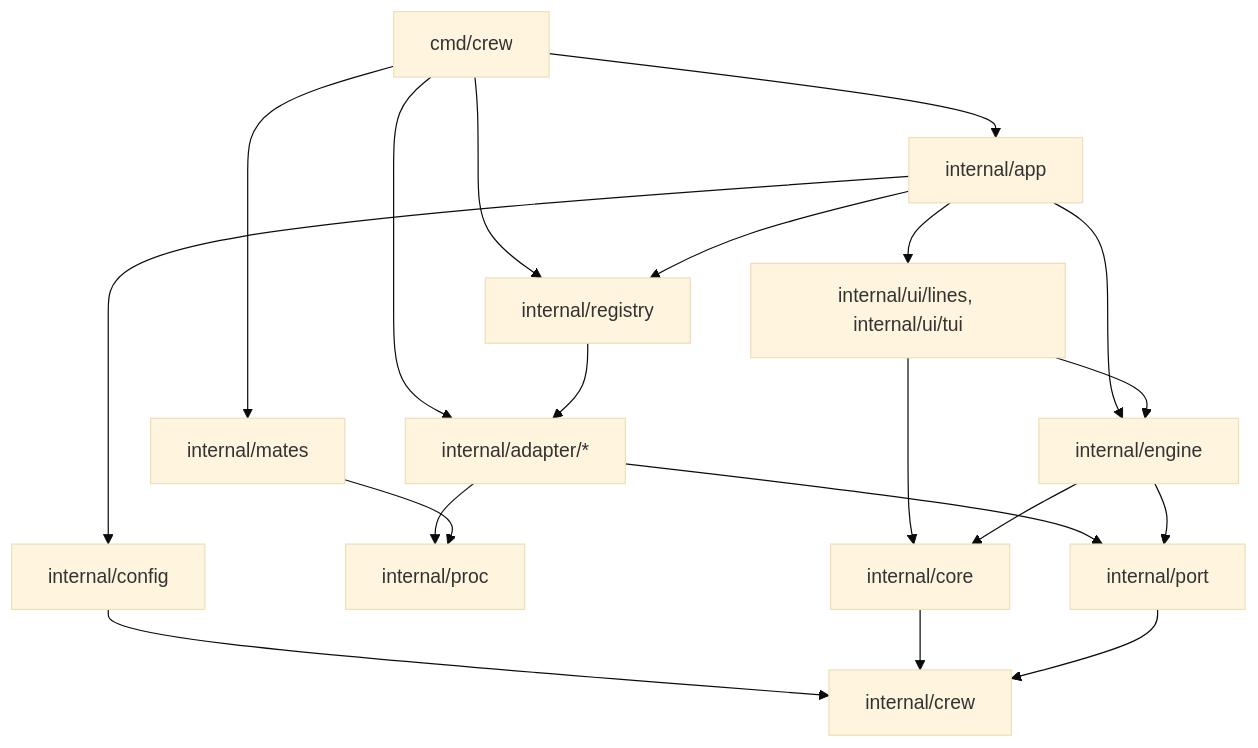
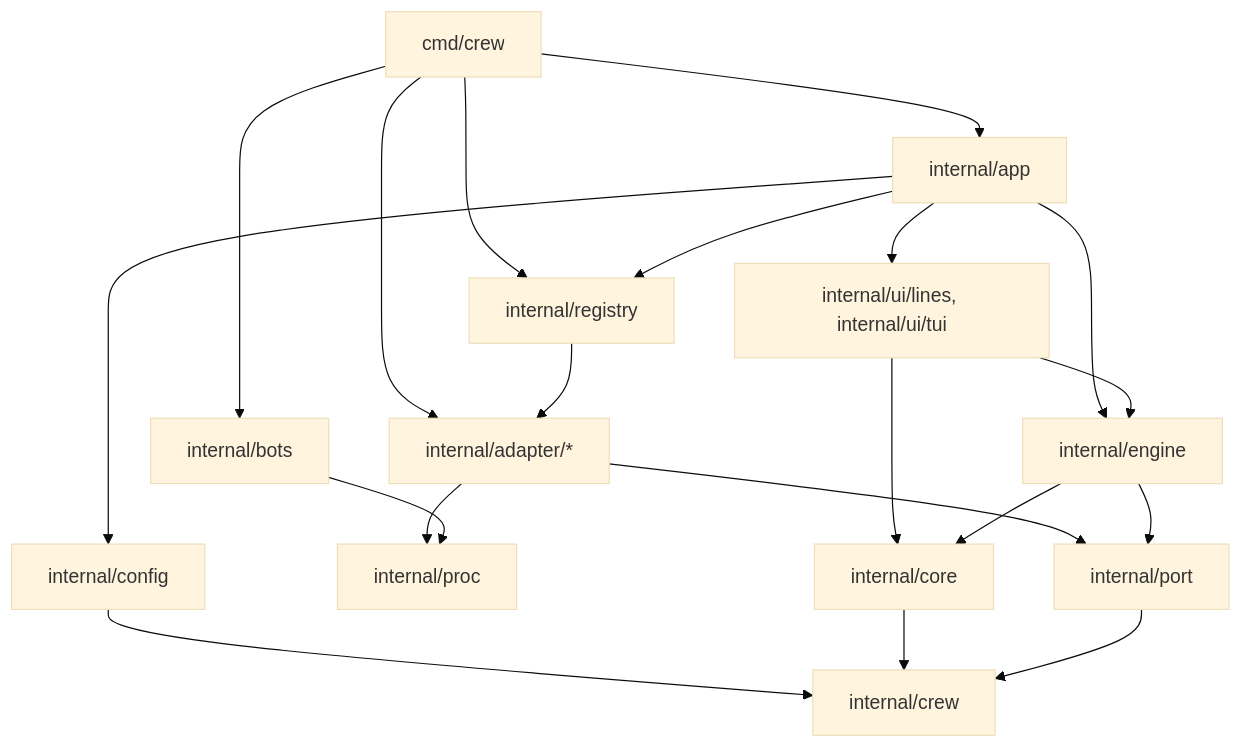
Before and after one commit to thatsnotmynameio/crew: the first of 3 diagrams in docs/develop/architecture.mdx, drawn with Mermaid (base theme). The commit also changed other lines of this file and 245 other files, not shown here.

````diff
--- a/docs/develop/architecture.mdx
+++ b/docs/develop/architecture.mdx
@@ -43,22 +43,22 @@
 ```mermaid
 flowchart TB
   MAIN["cmd/crew"] --> APP["internal/app"]
   MAIN --> REG["internal/registry"]
   MAIN --> AD
   APP --> REG
   APP --> CFG["internal/config"]
   APP --> ENG["internal/engine"]
   APP --> UI["internal/ui/lines, internal/ui/tui"]
   REG --> AD["internal/adapter/*"]
   AD --> PROC["internal/proc"]
   AD --> PORT["internal/port"]
   UI --> ENG
   UI --> CORE["internal/core"]
   ENG --> CORE
   ENG --> PORT
   CFG --> CREW["internal/crew"]
   CORE --> CREW
   PORT --> CREW
-  MAIN --> MATES["internal/mates"]
-  MATES --> PROC
+  MAIN --> BOTS["internal/bots"]
+  BOTS --> PROC
 ```
````
